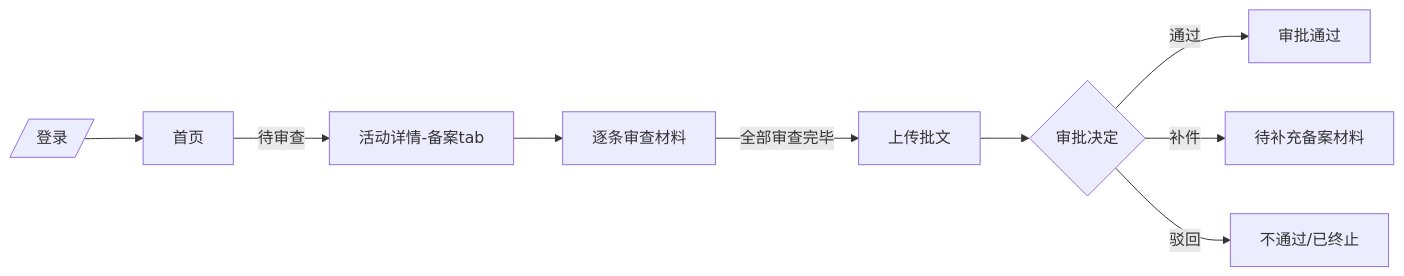
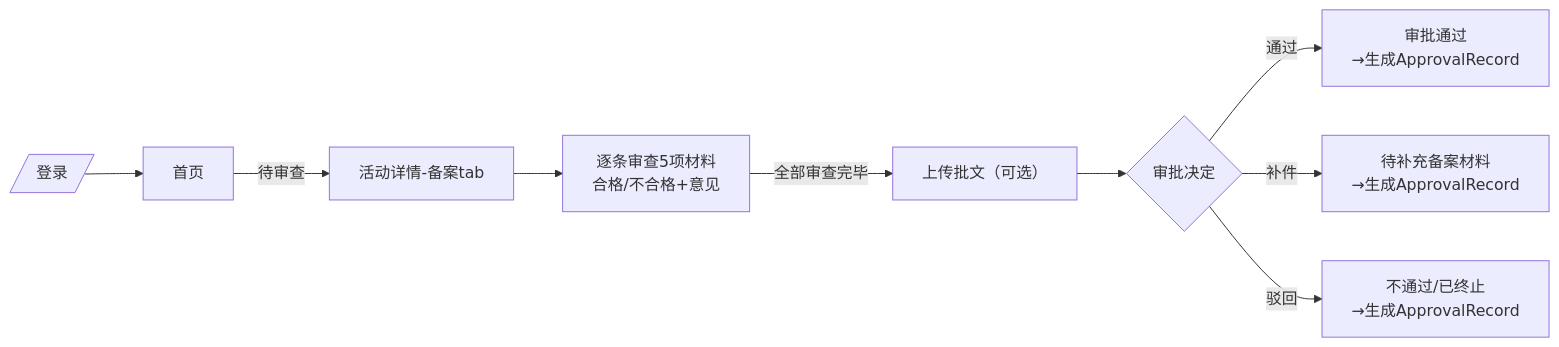
Before and after one commit to VasantLong/camis2026: the eighth of 8 diagrams in docs/frontend.md, drawn with Mermaid. The commit also changed other lines of this file and 46 other files, not shown here.

````diff
--- a/docs/frontend.md
+++ b/docs/frontend.md
@@ -426,11 +467,11 @@
 ```mermaid
 flowchart LR
     Login2[/登录/] --> Home2[首页]
     Home2 --> |"待审查"| Review[活动详情-备案tab]
-    Review --> Audit[逐条审查材料]
-    Audit --> |全部审查完毕| Upload[上传批文]
+    Review --> Audit[逐条审查5项材料<br/>合格/不合格+意见]
+    Audit --> |全部审查完毕| Upload[上传批文（可选）]
     Upload --> Decision{审批决定}
-    Decision --> |通过| Approved[审批通过]
-    Decision --> |补件| Revise[待补充备案材料]
-    Decision --> |驳回| Rejected[不通过/已终止]
+    Decision --> |通过| Approved[审批通过<br/>→生成ApprovalRecord]
+    Decision --> |补件| Revise[待补充备案材料<br/>→生成ApprovalRecord]
+    Decision --> |驳回| Rejected[不通过/已终止<br/>→生成ApprovalRecord]
 ```
````
